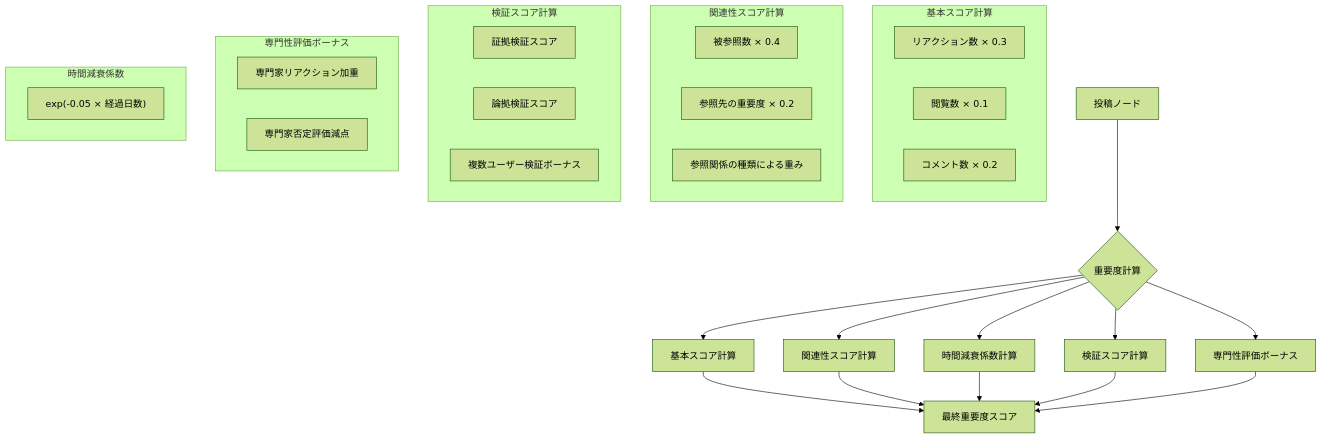
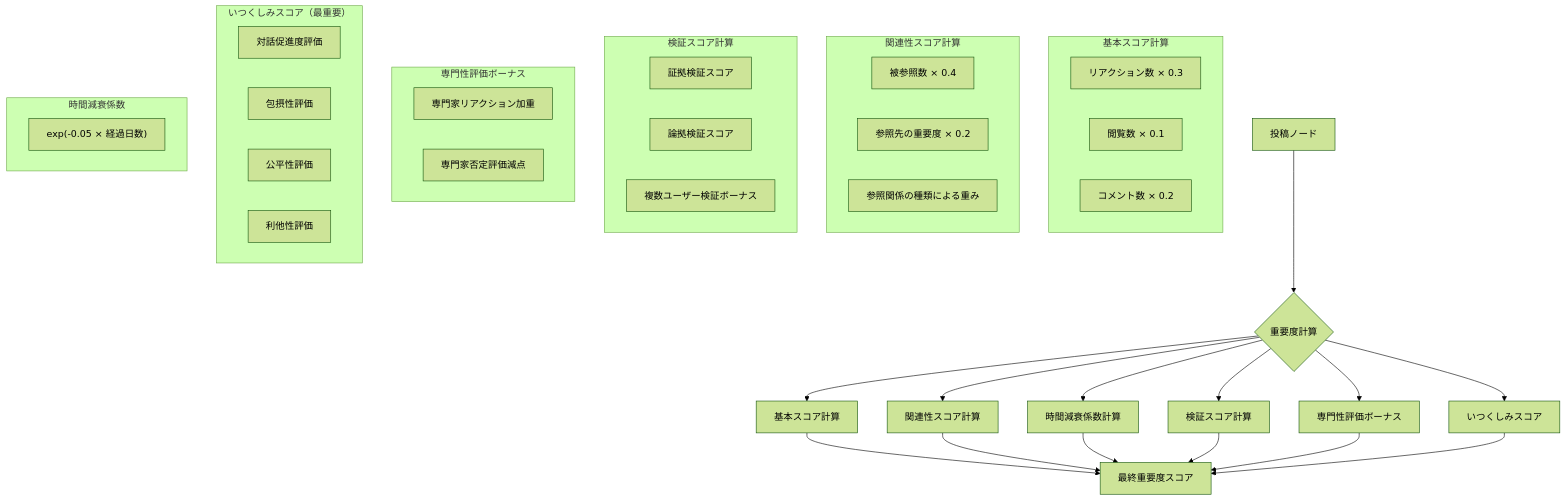
The sixth of 9 diagrams in specs/architecture.md (sika7/kagami), drawn with Mermaid (forest theme) before and after one commit. The commit also changed other lines of this file, not shown here.

````diff
--- a/specs/architecture.md
+++ b/specs/architecture.md
@@ -441,41 +441,50 @@
 ```mermaid
 flowchart TD
     A[投稿ノード] --> B{重要度計算}
     B --> C[基本スコア計算]
     B --> D[関連性スコア計算]
     B --> E[時間減衰係数計算]
     B --> V[検証スコア計算]
     B --> X[専門性評価ボーナス]
+    B --> Y[いつくしみスコア]
     C --> F[最終重要度スコア]
     D --> F
     E --> F
     V --> F
     X --> F
+    Y --> F
     
     subgraph basic["基本スコア計算"]
         C1["リアクション数 × 0.3"]
         C2["閲覧数 × 0.1"]
         C3["コメント数 × 0.2"]
     end
     
     subgraph relation["関連性スコア計算"]
         D1["被参照数 × 0.4"]
         D2["参照先の重要度 × 0.2"]
         D3["参照関係の種類による重み"]
     end
     
     subgraph verification["検証スコア計算"]
         V1["証拠検証スコア"]
         V2["論拠検証スコア"]
         V3["複数ユーザー検証ボーナス"]
     end
     
     subgraph expertise["専門性評価ボーナス"]
         X1["専門家リアクション加重"]
         X2["専門家否定評価減点"]
     end
     
+    subgraph ethics["いつくしみスコア（最重要）"]
+        Y1["対話促進度評価"]
+        Y2["包摂性評価"]
+        Y3["公平性評価"]
+        Y4["利他性評価"]
+    end
+    
     subgraph time["時間減衰係数"]
         E1["exp(-0.05 × 経過日数)"]
     end
 ```
````
